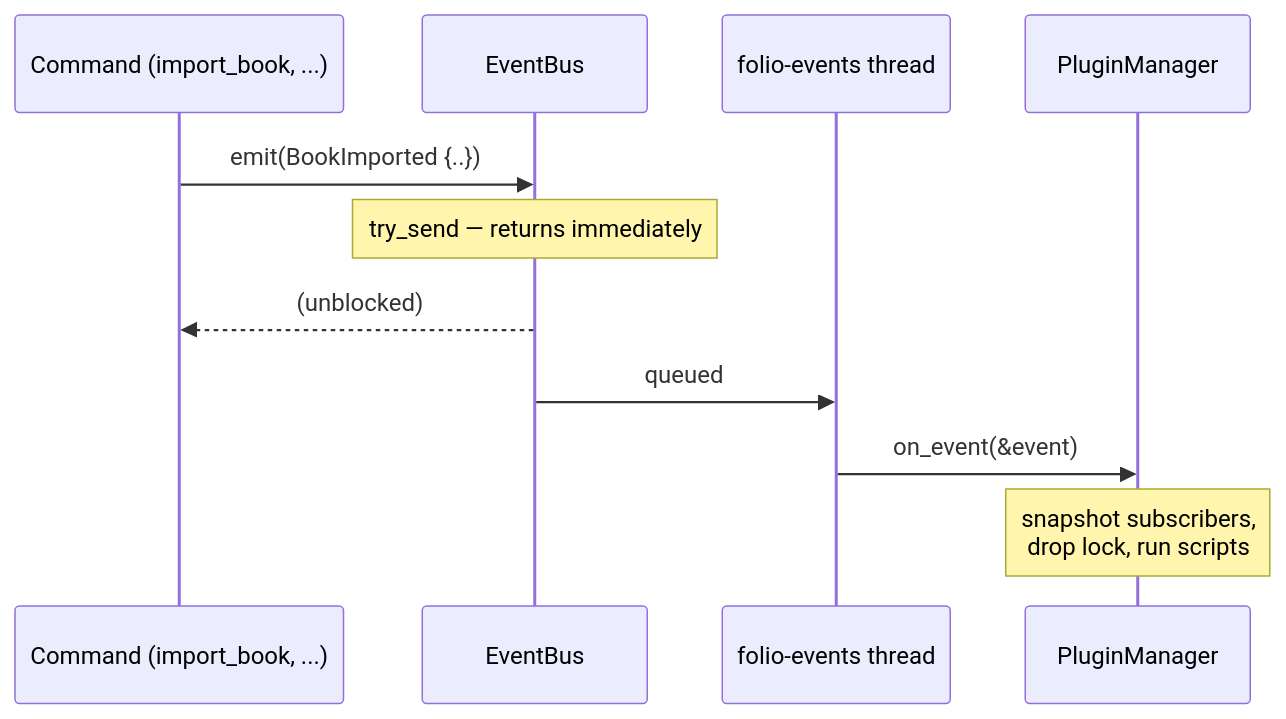
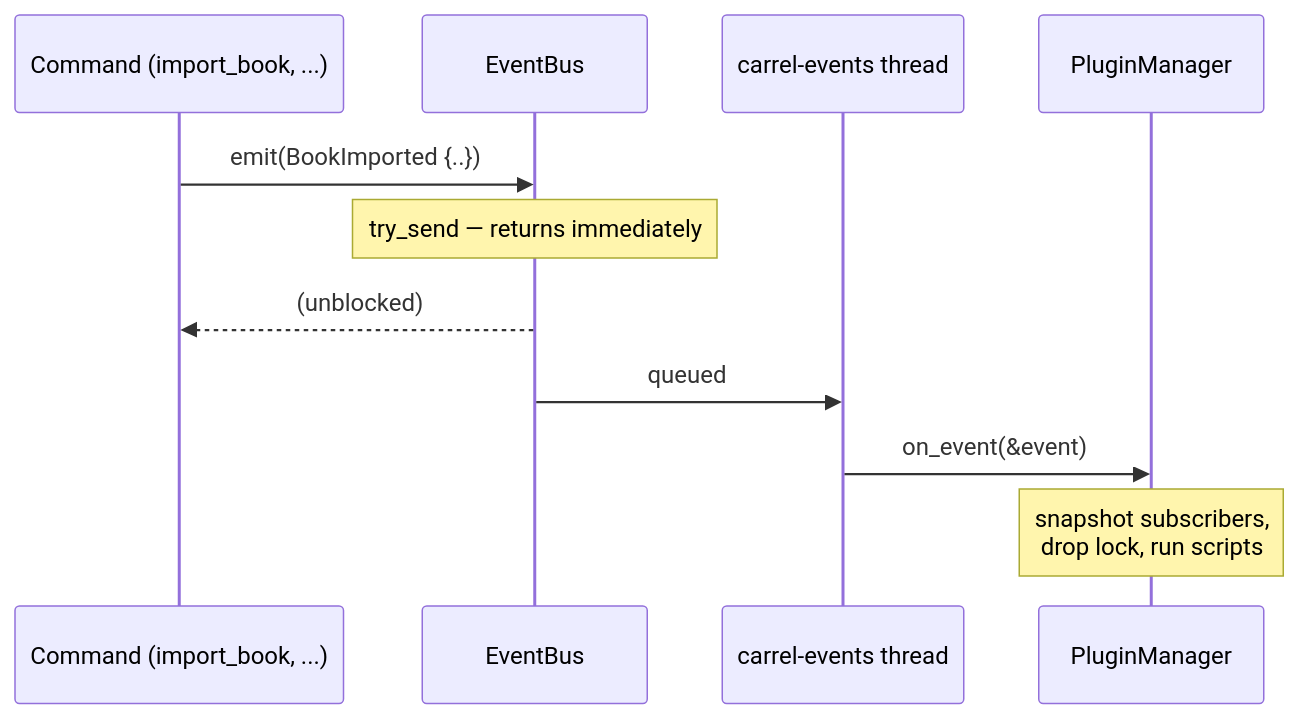
Before and after one commit to mikedamoiseau/carrel: the second of 8 diagrams in docs/PLUGIN_ARCHITECTURE.md, drawn with Mermaid. The commit also changed other lines of this file and 152 other files, not shown here.

First line of the commit message:
refactor: finish the Folio -> Carrel rename

````diff
--- a/docs/PLUGIN_ARCHITECTURE.md
+++ b/docs/PLUGIN_ARCHITECTURE.md
@@ -103,14 +103,14 @@
 ```mermaid
 sequenceDiagram
     participant Cmd as Command (import_book, ...)
     participant Bus as EventBus
-    participant Thread as folio-events thread
+    participant Thread as carrel-events thread
     participant Mgr as PluginManager
 
     Cmd->>Bus: emit(BookImported {..})
     Note over Bus: try_send — returns immediately
     Bus-->>Cmd: (unblocked)
     Bus->>Thread: queued
     Thread->>Mgr: on_event(&event)
     Note over Mgr: snapshot subscribers,<br/>drop lock, run scripts
 ```
````
